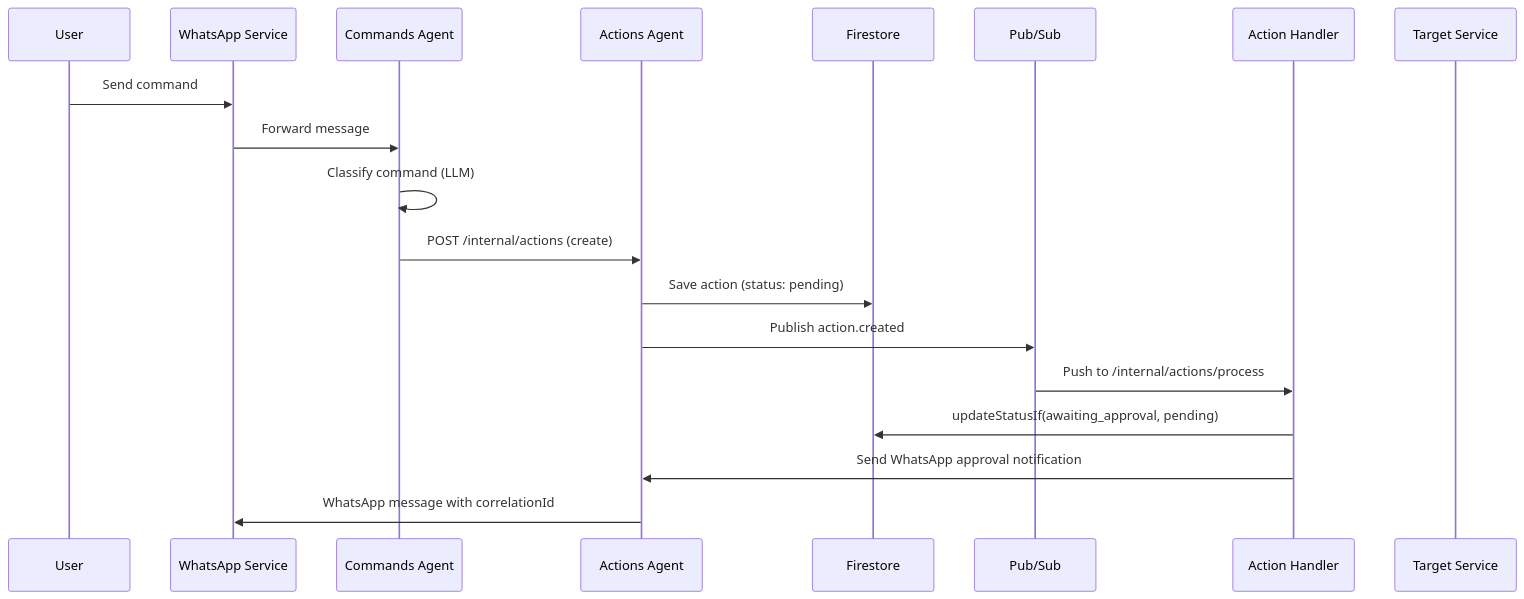
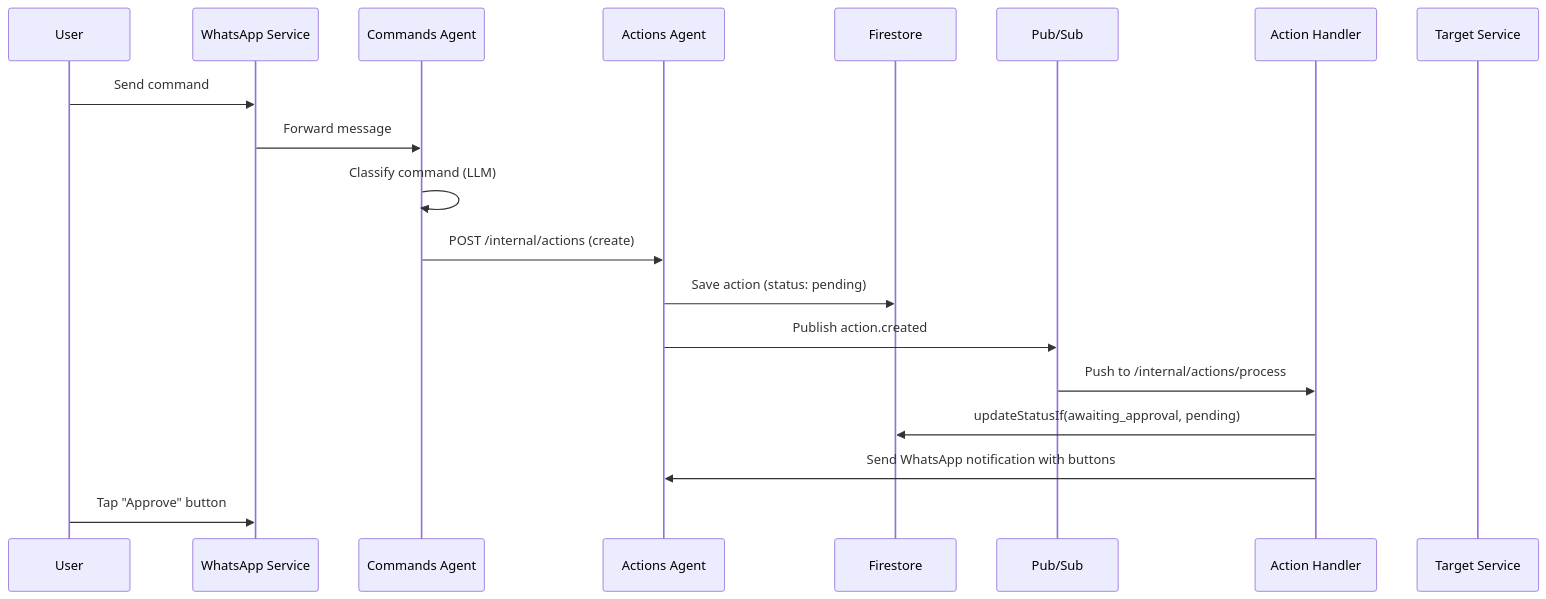
Before and after one commit to pbuchman/intexuraos: the second of 3 diagrams in docs/services/actions-agent/technical.md, drawn with Mermaid. The commit also changed other lines of this file and 147 other files, not shown here.

````diff
--- a/docs/services/actions-agent/technical.md
+++ b/docs/services/actions-agent/technical.md
@@ -74,22 +74,22 @@
 ```mermaid
 sequenceDiagram
     participant User
     participant WA as WhatsApp Service
     participant CA as Commands Agent
     participant AA as Actions Agent
     participant FS as Firestore
     participant PS as Pub/Sub
     participant Handler as Action Handler
     participant Target as Target Service
 
     User->>WA: Send command
     WA->>CA: Forward message
     CA->>CA: Classify command (LLM)
     CA->>AA: POST /internal/actions (create)
     AA->>FS: Save action (status: pending)
     AA->>PS: Publish action.created
     PS->>Handler: Push to /internal/actions/process
     Handler->>FS: updateStatusIf(awaiting_approval, pending)
-    Handler->>AA: Send WhatsApp approval notification
-    AA->>WA: WhatsApp message with correlationId
+    Handler->>AA: Send WhatsApp notification with buttons
+    User->>WA: Tap "Approve" button
 ```
````
